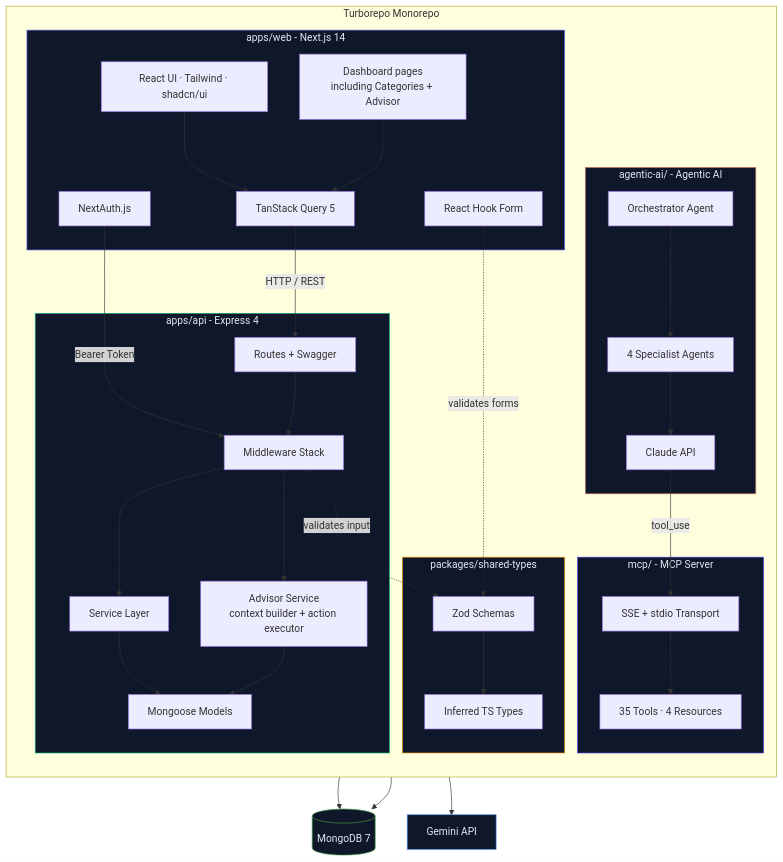
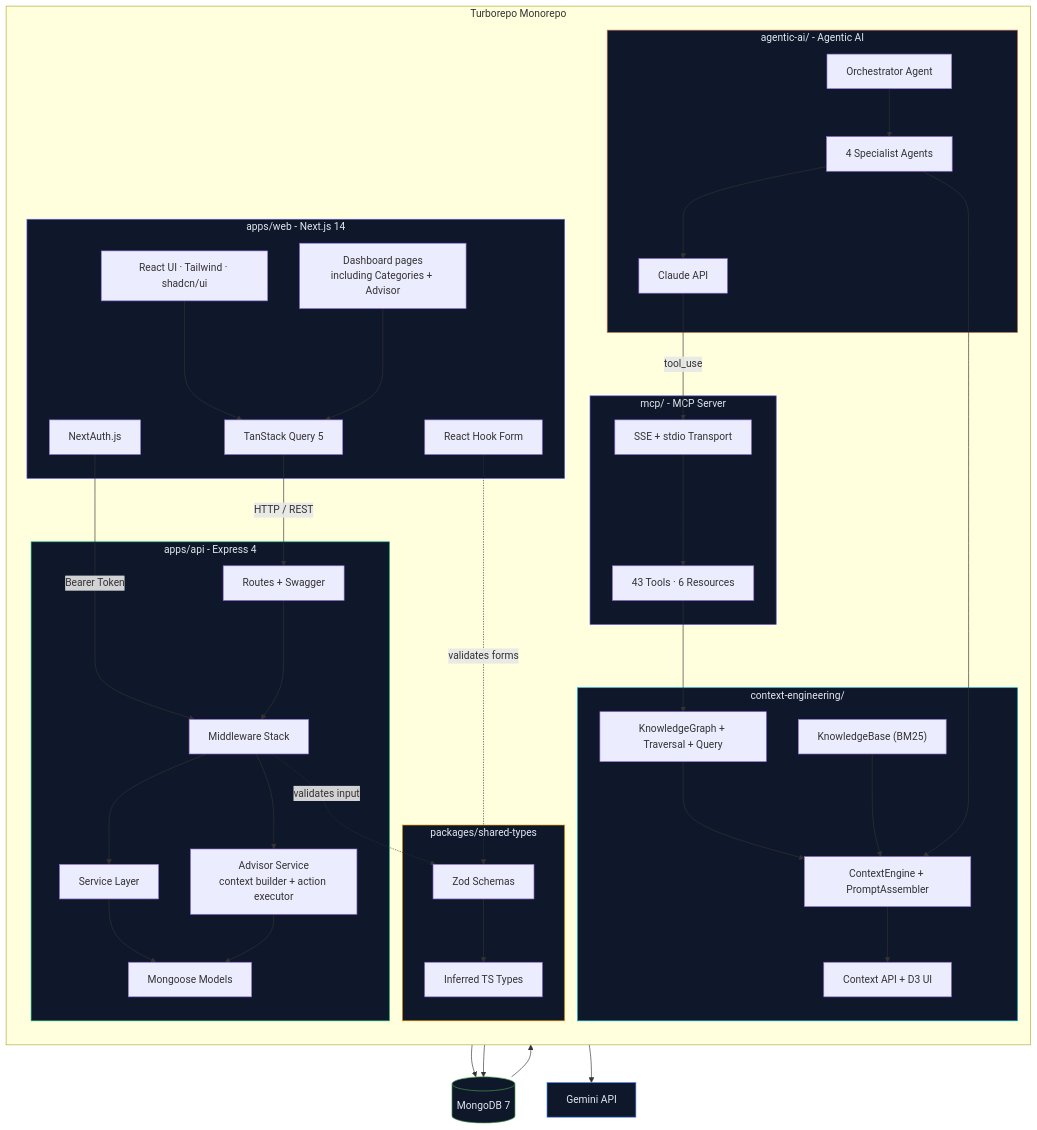
Before and after one commit to hoangsonww/WealthWise-Finance-Tracker: the first of 28 diagrams in ARCHITECTURE.md, drawn with Mermaid. The commit also changed other lines of this file and 50 other files, not shown here.

Commit message:
feat(context): enhance context integration for user-specific financial prompts and architecture documentation

````diff
--- a/ARCHITECTURE.md
+++ b/ARCHITECTURE.md
@@ -97,64 +98,78 @@
 ```mermaid
 graph TB
     subgraph Monorepo["Turborepo Monorepo"]
         direction TB
 
         subgraph Frontend["apps/web - Next.js 14"]
             UI["React UI · Tailwind · shadcn/ui"]
             RQ["TanStack Query 5"]
             NA["NextAuth.js"]
             RHF["React Hook Form"]
             Pages["Dashboard pages<br/>including Categories + Advisor"]
         end
 
         subgraph Backend["apps/api - Express 4"]
             Routes["Routes + Swagger"]
             MW["Middleware Stack"]
             SVC["Service Layer"]
             AdvisorSvc["Advisor Service<br/>context builder + action executor"]
             MDL["Mongoose Models"]
         end
 
         subgraph Shared["packages/shared-types"]
             ZS["Zod Schemas"]
             TS["Inferred TS Types"]
         end
 
         subgraph MCPServer["mcp/ - MCP Server"]
-            MCPTools["35 Tools · 4 Resources"]
+            MCPTools["43 Tools · 6 Resources"]
             MCPTransport["SSE + stdio Transport"]
+        end
+
+        subgraph ContextEngineering["context-engineering/"]
+            CEGraph["KnowledgeGraph + Traversal + Query"]
+            CEKb["KnowledgeBase (BM25)"]
+            CEEngine["ContextEngine + PromptAssembler"]
+            CEUI["Context API + D3 UI"]
         end
 
         subgraph AgenticAI["agentic-ai/ - Agentic AI"]
             Orchestrator["Orchestrator Agent"]
             Specialists["4 Specialist Agents"]
             ClaudeAPI["Claude API"]
         end
     end
 
     DB[(MongoDB 7)]
     Gemini["Gemini API"]
 
     UI --> RQ
     Pages --> RQ
     RQ -- "HTTP / REST" --> Routes
     NA -- "Bearer Token" --> MW
     RHF -. "validates forms" .-> ZS
     Routes --> MW --> SVC --> MDL --> DB
     MW --> AdvisorSvc
     AdvisorSvc --> MDL
     AdvisorSvc --> Gemini
     MW -. "validates input" .-> ZS
     ZS --> TS
+    DB --> CEGraph
+    CEGraph --> CEEngine
+    CEKb --> CEEngine
+    CEEngine --> CEUI
+    MCPTools --> CEGraph
     Orchestrator --> Specialists --> ClaudeAPI
     ClaudeAPI -- "tool_use" --> MCPTransport
     MCPTransport --> MCPTools --> DB
+    Specialists --> CEEngine
 
     style Frontend fill:#0f172a,stroke:#6366f1,color:#e2e8f0
     style Backend fill:#0f172a,stroke:#10b981,color:#e2e8f0
     style Shared fill:#0f172a,stroke:#f59e0b,color:#e2e8f0
     style MCPServer fill:#0f172a,stroke:#4f46e5,color:#e2e8f0
+    style ContextEngineering fill:#0f172a,stroke:#06b6d4,color:#e2e8f0
     style AgenticAI fill:#0f172a,stroke:#cc785c,color:#e2e8f0
     style DB fill:#0f172a,stroke:#47a248,color:#e2e8f0
     style Gemini fill:#0f172a,stroke:#4285f4,color:#e2e8f0
 ```
````
